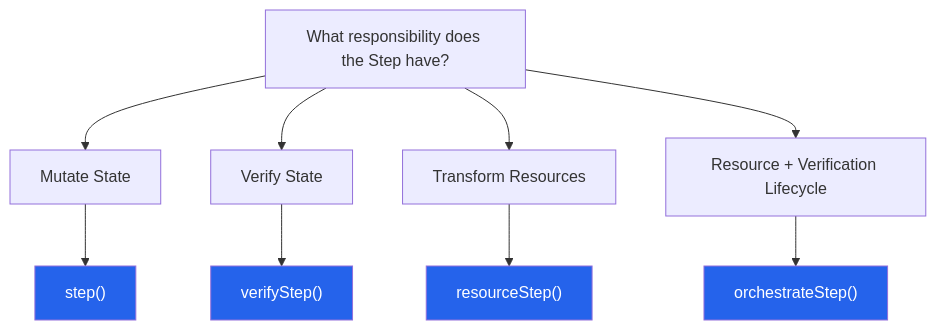
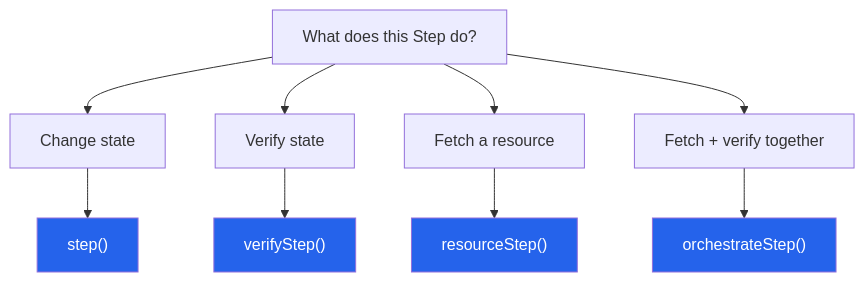
Before and after one commit to secorto/secorto_web: the second of 2 diagrams in packages/step/README.md, drawn with Mermaid. The commit also changed other lines of this file and 11 other files, not shown here.

````diff
--- a/packages/step/README.md
+++ b/packages/step/README.md
@@ -175,19 +73,19 @@
 ```mermaid
 graph TD
-    A["What responsibility does the Step have?"]
+    A["What does this Step do?"]
 
-    A --> B[Mutate State]
-    A --> C[Verify State]
-    A --> D[Transform Resources]
-    A --> E[Resource + Verification Lifecycle]
+    A --> B[Change state]
+    A --> C[Verify state]
+    A --> D[Fetch a resource]
+    A --> E[Fetch + verify together]
 
     B --> F["step()"]
     C --> G["verifyStep()"]
     D --> H["resourceStep()"]
     E --> I["orchestrateStep()"]
 
     style F fill:#2563eb,color:#fff
     style G fill:#2563eb,color:#fff
     style H fill:#2563eb,color:#fff
     style I fill:#2563eb,color:#fff
 ```
````
